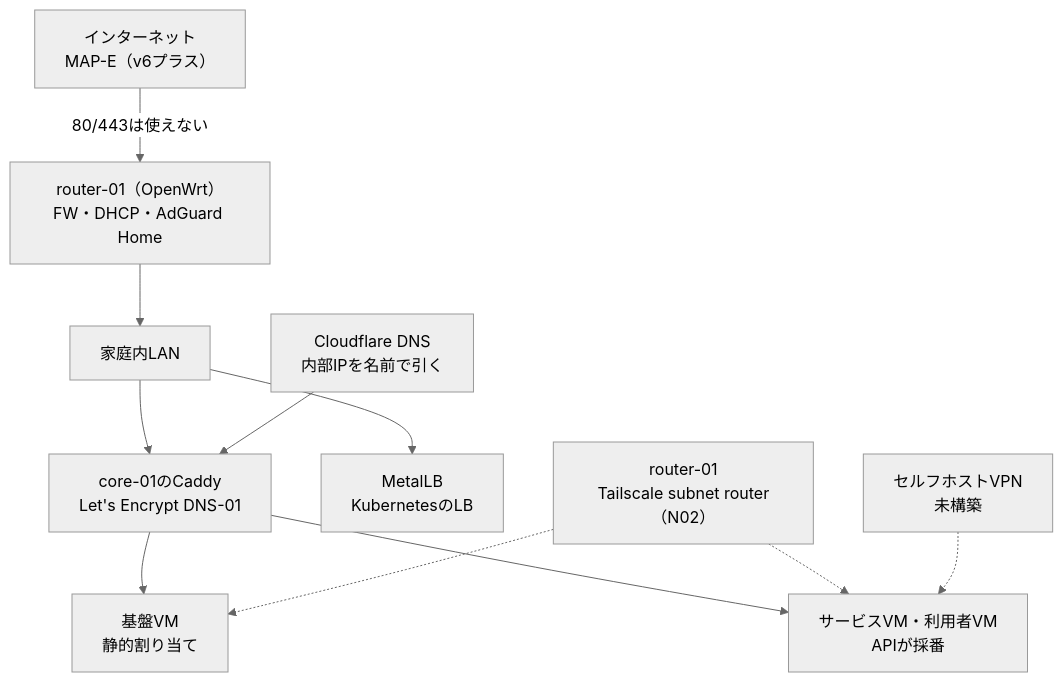
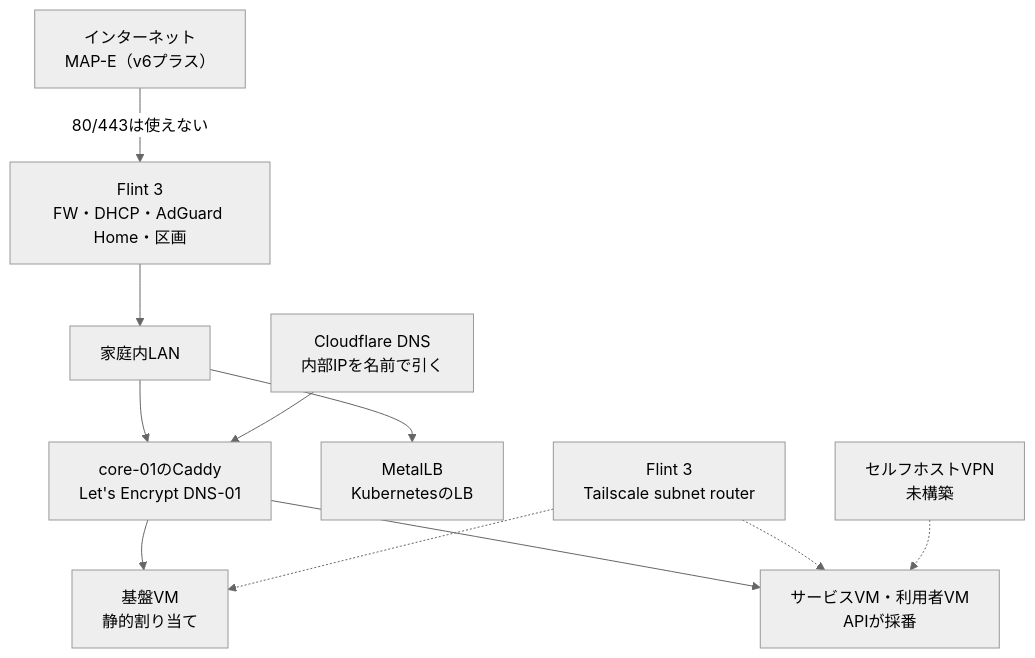
Diagram 13 of 14 in docs/architecture/overview.md (rurutheGeek/shake-cloud), drawn with Mermaid (neutral theme) before and after one commit. The commit also changed other lines of this file and 26 other files, not shown here.

First line of the commit message:
docs: Flint 3・tarakoserver・DMZ・Loki に合わせて、運用と構成の文書と図を今の構成へ直す

````diff
--- a/docs/architecture/overview.md
+++ b/docs/architecture/overview.md
@@ -491,24 +495,24 @@
 ```mermaid
 flowchart TB
   net["インターネット<br/>MAP-E（v6プラス）"]
-  router["router-01（OpenWrt）<br/>FW・DHCP・AdGuard Home"]
+  router["Flint 3<br/>FW・DHCP・AdGuard Home・区画"]
   lan["家庭内LAN"]
   dns["Cloudflare DNS<br/>内部IPを名前で引く"]
   caddy["core-01のCaddy<br/>Let's Encrypt DNS-01"]
   fixed["基盤VM<br/>静的割り当て"]
   cloudips["サービスVM・利用者VM<br/>APIが採番"]
   metallb["MetalLB<br/>KubernetesのLB"]
-  tailscale["router-01<br/>Tailscale subnet router（N02）"]
+  tailscale["Flint 3<br/>Tailscale subnet router"]
   vpn["セルフホストVPN<br/>未構築"]
 
   net -->|"80/443は使えない"| router
   router --> lan
   lan --> caddy
   dns --> caddy
   caddy --> fixed
   caddy --> cloudips
   lan --> metallb
   tailscale -.-> fixed
   tailscale -.-> cloudips
   vpn -.-> cloudips
 ```
````
